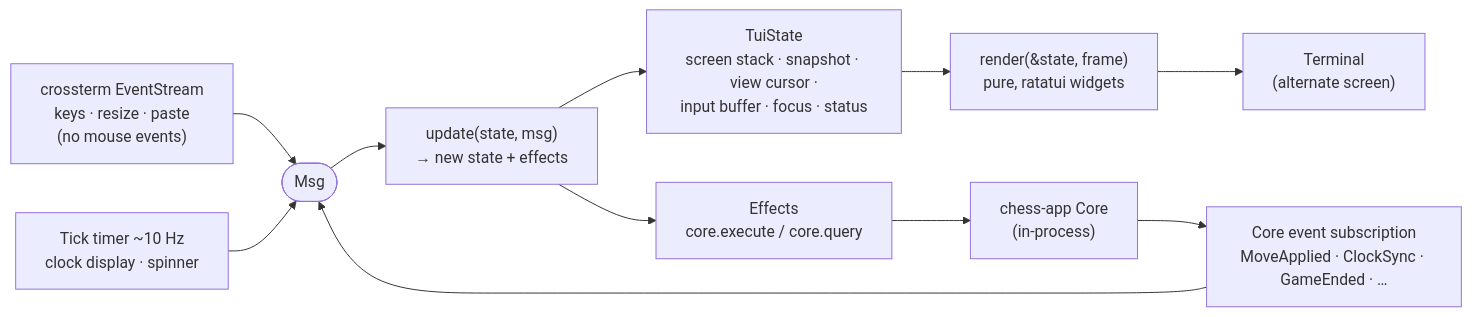
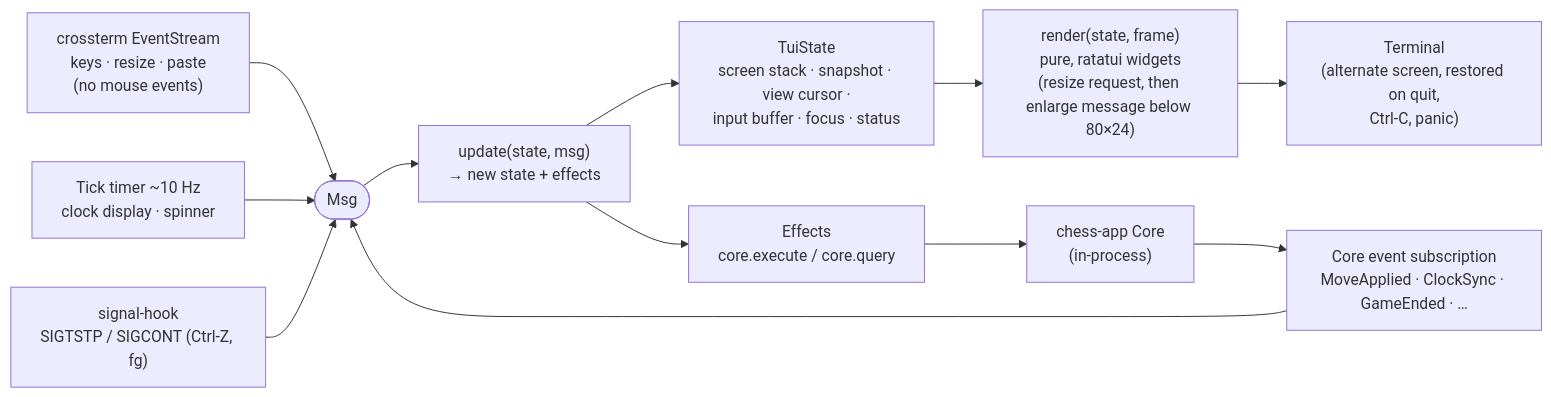
Before and after one commit to bprascher/chess: the eighth of 12 diagrams in docs/architecture.md, drawn with Mermaid. The commit also changed other lines of this file and 3 other files, not shown here.

First line of the commit message:
Baseline requirements and architecture v1.0

````diff
--- a/docs/architecture.md
+++ b/docs/architecture.md
@@ -489,13 +740,14 @@
 ```mermaid
 flowchart LR
     keys["crossterm EventStream<br/>keys · resize · paste<br/>(no mouse events)"] --> msg
     coreev["Core event subscription<br/>MoveApplied · ClockSync · GameEnded · …"] --> msg
     tick["Tick timer ~10 Hz<br/>clock display · spinner"] --> msg
+    sig["signal-hook<br/>SIGTSTP / SIGCONT (Ctrl-Z, fg)"] --> msg
     msg(["Msg"]) --> update["update(state, msg)<br/>→ new state + effects"]
     update --> state["TuiState<br/>screen stack · snapshot · view cursor ·<br/>input buffer · focus · status"]
     update --> effects["Effects<br/>core.execute / core.query"]
     effects --> core["chess-app Core<br/>(in-process)"]
     core --> coreev
-    state --> view["render(&state, frame)<br/>pure, ratatui widgets"]
-    view --> term["Terminal<br/>(alternate screen)"]
+    state --> view["render(state, frame)<br/>pure, ratatui widgets<br/>(resize request, then enlarge message below 80×24)"]
+    view --> term["Terminal<br/>(alternate screen, restored on quit,<br/>Ctrl-C, panic)"]
 ```
````
